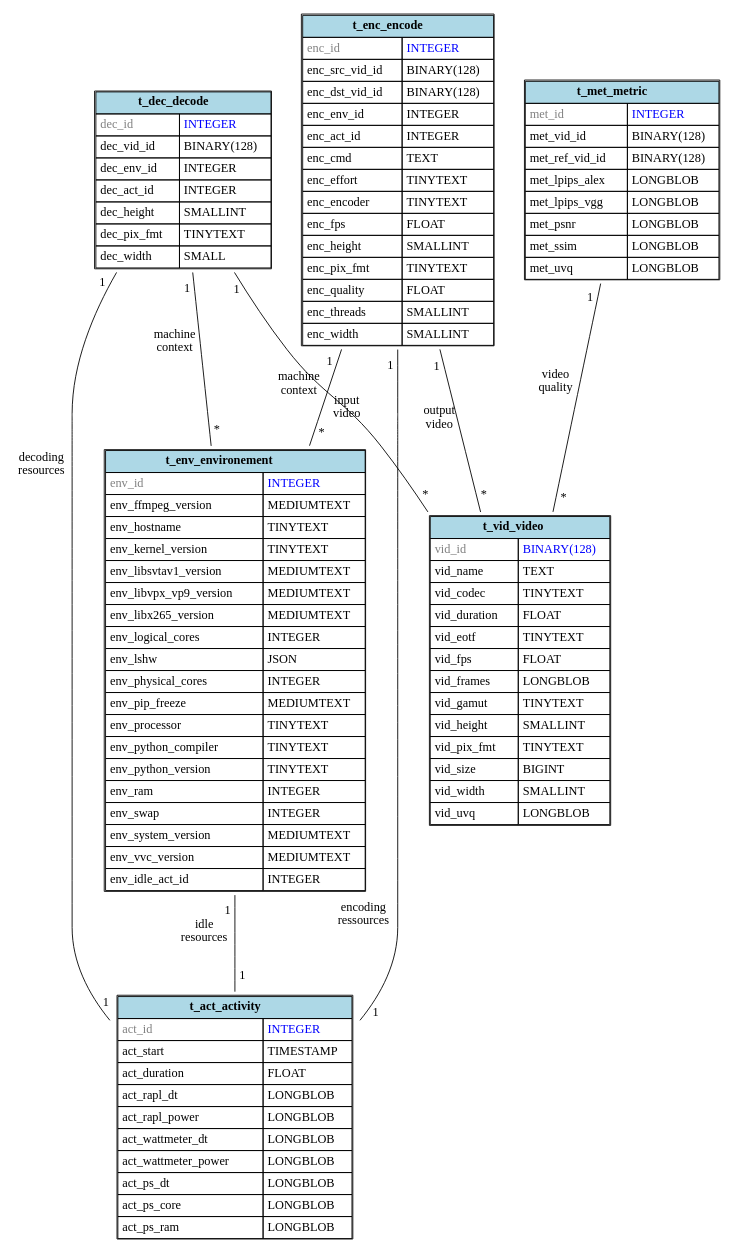
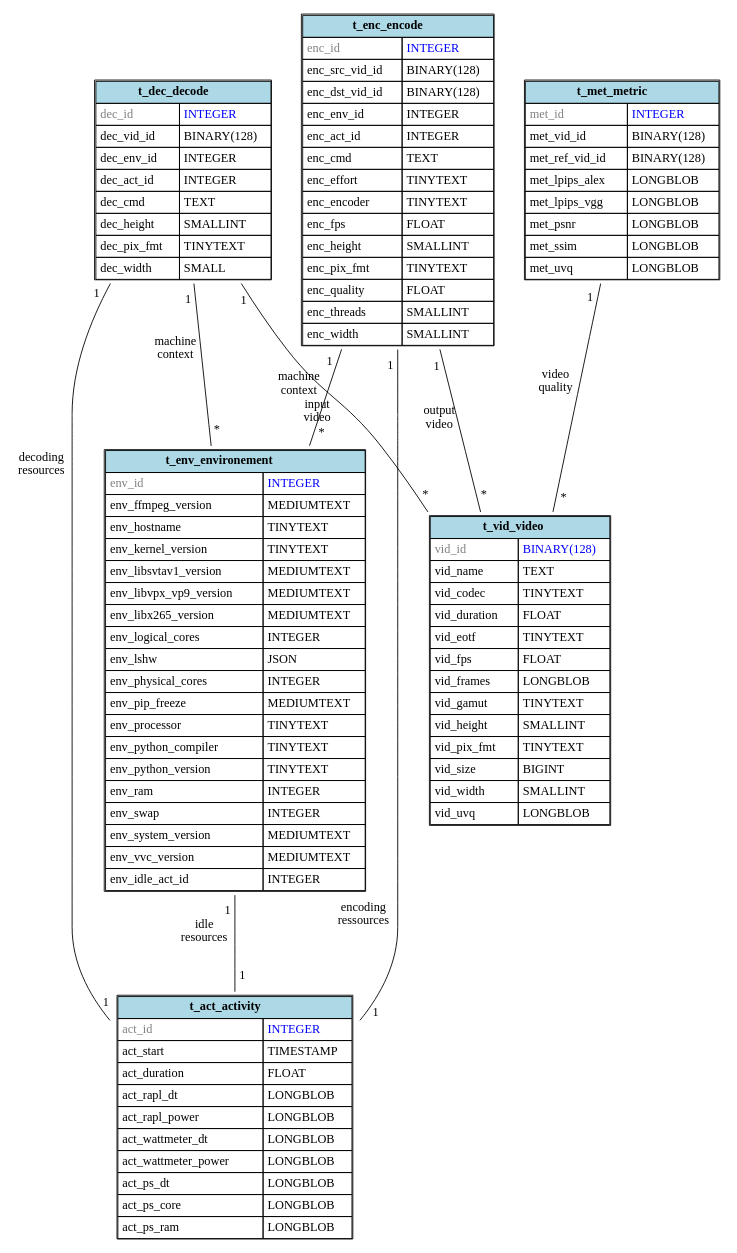
One commit to robinechuca/mendevi changed the diagram in docs/images/database.dot. Above: the diagram before and after it, drawn with Graphviz. The commit also changed 11 other files, not shown here.

```diff
--- a/docs/images/database.dot
+++ b/docs/images/database.dot
@@ -1,125 +1,126 @@
 # dot -Tsvg database.dot > database.svg
 graph database {
   node [shape=plaintext]
   t_act_activity [
     label=<
       <TABLE BORDER="1" CELLBORDER="1" CELLSPACING="0" CELLPADDING="4">
         <TR><TD COLSPAN="2" BGCOLOR="lightblue"><B>t_act_activity</B></TD></TR>
         <TR><TD ALIGN="LEFT"><FONT COLOR="gray">act_id</FONT></TD><TD ALIGN="LEFT"><FONT COLOR="blue">INTEGER</FONT></TD></TR>
         <TR><TD ALIGN="LEFT">act_start</TD><TD ALIGN="LEFT">TIMESTAMP</TD></TR>
         <TR><TD ALIGN="LEFT">act_duration</TD><TD ALIGN="LEFT">FLOAT</TD></TR>
         <TR><TD ALIGN="LEFT">act_rapl_dt</TD><TD ALIGN="LEFT">LONGBLOB</TD></TR>
         <TR><TD ALIGN="LEFT">act_rapl_power</TD><TD ALIGN="LEFT">LONGBLOB</TD></TR>
         <TR><TD ALIGN="LEFT">act_wattmeter_dt</TD><TD ALIGN="LEFT">LONGBLOB</TD></TR>
         <TR><TD ALIGN="LEFT">act_wattmeter_power</TD><TD ALIGN="LEFT">LONGBLOB</TD></TR>
         <TR><TD ALIGN="LEFT">act_ps_dt</TD><TD ALIGN="LEFT">LONGBLOB</TD></TR>
         <TR><TD ALIGN="LEFT">act_ps_core</TD><TD ALIGN="LEFT">LONGBLOB</TD></TR>
         <TR><TD ALIGN="LEFT">act_ps_ram</TD><TD ALIGN="LEFT">LONGBLOB</TD></TR>
       </TABLE>
     >
   ];
   t_vid_video [
     label=<
       <TABLE BORDER="1" CELLBORDER="1" CELLSPACING="0" CELLPADDING="4">
         <TR><TD COLSPAN="2" BGCOLOR="lightblue"><B>t_vid_video</B></TD></TR>
         <TR><TD ALIGN="LEFT"><FONT COLOR="gray">vid_id</FONT></TD><TD ALIGN="LEFT"><FONT COLOR="blue">BINARY(128)</FONT></TD></TR>
         <TR><TD ALIGN="LEFT">vid_name</TD><TD ALIGN="LEFT">TEXT</TD></TR>
         <TR><TD ALIGN="LEFT">vid_codec</TD><TD ALIGN="LEFT">TINYTEXT</TD></TR>
         <TR><TD ALIGN="LEFT">vid_duration</TD><TD ALIGN="LEFT">FLOAT</TD></TR>
         <TR><TD ALIGN="LEFT">vid_eotf</TD><TD ALIGN="LEFT">TINYTEXT</TD></TR>
         <TR><TD ALIGN="LEFT">vid_fps</TD><TD ALIGN="LEFT">FLOAT</TD></TR>
         <TR><TD ALIGN="LEFT">vid_frames</TD><TD ALIGN="LEFT">LONGBLOB</TD></TR>
         <TR><TD ALIGN="LEFT">vid_gamut</TD><TD ALIGN="LEFT">TINYTEXT</TD></TR>
         <TR><TD ALIGN="LEFT">vid_height</TD><TD ALIGN="LEFT">SMALLINT</TD></TR>
         <TR><TD ALIGN="LEFT">vid_pix_fmt</TD><TD ALIGN="LEFT">TINYTEXT</TD></TR>
         <TR><TD ALIGN="LEFT">vid_size</TD><TD ALIGN="LEFT">BIGINT</TD></TR>
         <TR><TD ALIGN="LEFT">vid_width</TD><TD ALIGN="LEFT">SMALLINT</TD></TR>
         <TR><TD ALIGN="LEFT">vid_uvq</TD><TD ALIGN="LEFT">LONGBLOB</TD></TR>
       </TABLE>
     >
   ];
   t_met_metric [
     label=<
       <TABLE BORDER="1" CELLBORDER="1" CELLSPACING="0" CELLPADDING="4">
         <TR><TD COLSPAN="2" BGCOLOR="lightblue"><B>t_met_metric</B></TD></TR>
         <TR><TD ALIGN="LEFT"><FONT COLOR="gray">met_id</FONT></TD><TD ALIGN="LEFT"><FONT COLOR="blue">INTEGER</FONT></TD></TR>
         <TR><TD ALIGN="LEFT">met_vid_id</TD><TD ALIGN="LEFT">BINARY(128)</TD></TR>
         <TR><TD ALIGN="LEFT">met_ref_vid_id</TD><TD ALIGN="LEFT">BINARY(128)</TD></TR>
         <TR><TD ALIGN="LEFT">met_lpips_alex</TD><TD ALIGN="LEFT">LONGBLOB</TD></TR>
         <TR><TD ALIGN="LEFT">met_lpips_vgg</TD><TD ALIGN="LEFT">LONGBLOB</TD></TR>
         <TR><TD ALIGN="LEFT">met_psnr</TD><TD ALIGN="LEFT">LONGBLOB</TD></TR>
         <TR><TD ALIGN="LEFT">met_ssim</TD><TD ALIGN="LEFT">LONGBLOB</TD></TR>
         <TR><TD ALIGN="LEFT">met_uvq</TD><TD ALIGN="LEFT">LONGBLOB</TD></TR>
       </TABLE>
     >
   ];
   t_env_environement [
     label=<
       <TABLE BORDER="1" CELLBORDER="1" CELLSPACING="0" CELLPADDING="4">
         <TR><TD COLSPAN="2" BGCOLOR="lightblue"><B>t_env_environement</B></TD></TR>
         <TR><TD ALIGN="LEFT"><FONT COLOR="gray">env_id</FONT></TD><TD ALIGN="LEFT"><FONT COLOR="blue">INTEGER</FONT></TD></TR>
         <TR><TD ALIGN="LEFT">env_ffmpeg_version</TD><TD ALIGN="LEFT">MEDIUMTEXT</TD></TR>
         <TR><TD ALIGN="LEFT">env_hostname</TD><TD ALIGN="LEFT">TINYTEXT</TD></TR>
         <TR><TD ALIGN="LEFT">env_kernel_version</TD><TD ALIGN="LEFT">TINYTEXT</TD></TR>
         <TR><TD ALIGN="LEFT">env_libsvtav1_version</TD><TD ALIGN="LEFT">MEDIUMTEXT</TD></TR>
         <TR><TD ALIGN="LEFT">env_libvpx_vp9_version</TD><TD ALIGN="LEFT">MEDIUMTEXT</TD></TR>
         <TR><TD ALIGN="LEFT">env_libx265_version</TD><TD ALIGN="LEFT">MEDIUMTEXT</TD></TR>
         <TR><TD ALIGN="LEFT">env_logical_cores</TD><TD ALIGN="LEFT">INTEGER</TD></TR>
         <TR><TD ALIGN="LEFT">env_lshw</TD><TD ALIGN="LEFT">JSON</TD></TR>
         <TR><TD ALIGN="LEFT">env_physical_cores</TD><TD ALIGN="LEFT">INTEGER</TD></TR>
         <TR><TD ALIGN="LEFT">env_pip_freeze</TD><TD ALIGN="LEFT">MEDIUMTEXT</TD></TR>
         <TR><TD ALIGN="LEFT">env_processor</TD><TD ALIGN="LEFT">TINYTEXT</TD></TR>
         <TR><TD ALIGN="LEFT">env_python_compiler</TD><TD ALIGN="LEFT">TINYTEXT</TD></TR>
         <TR><TD ALIGN="LEFT">env_python_version</TD><TD ALIGN="LEFT">TINYTEXT</TD></TR>
         <TR><TD ALIGN="LEFT">env_ram</TD><TD ALIGN="LEFT">INTEGER</TD></TR>
         <TR><TD ALIGN="LEFT">env_swap</TD><TD ALIGN="LEFT">INTEGER</TD></TR>
         <TR><TD ALIGN="LEFT">env_system_version</TD><TD ALIGN="LEFT">MEDIUMTEXT</TD></TR>
         <TR><TD ALIGN="LEFT">env_vvc_version</TD><TD ALIGN="LEFT">MEDIUMTEXT</TD></TR>
         <TR><TD ALIGN="LEFT">env_idle_act_id</TD><TD ALIGN="LEFT">INTEGER</TD></TR>
       </TABLE>
     >
   ];
   t_dec_decode [
     label=<
       <TABLE BORDER="1" CELLBORDER="1" CELLSPACING="0" CELLPADDING="4">
         <TR><TD COLSPAN="2" BGCOLOR="lightblue"><B>t_dec_decode</B></TD></TR>
         <TR><TD ALIGN="LEFT"><FONT COLOR="gray">dec_id</FONT></TD><TD ALIGN="LEFT"><FONT COLOR="blue">INTEGER</FONT></TD></TR>
         <TR><TD ALIGN="LEFT">dec_vid_id</TD><TD ALIGN="LEFT">BINARY(128)</TD></TR>
         <TR><TD ALIGN="LEFT">dec_env_id</TD><TD ALIGN="LEFT">INTEGER</TD></TR>
         <TR><TD ALIGN="LEFT">dec_act_id</TD><TD ALIGN="LEFT">INTEGER</TD></TR>
+        <TR><TD ALIGN="LEFT">dec_cmd</TD><TD ALIGN="LEFT">TEXT</TD></TR>
         <TR><TD ALIGN="LEFT">dec_height</TD><TD ALIGN="LEFT">SMALLINT</TD></TR>
         <TR><TD ALIGN="LEFT">dec_pix_fmt</TD><TD ALIGN="LEFT">TINYTEXT</TD></TR>
         <TR><TD ALIGN="LEFT">dec_width</TD><TD ALIGN="LEFT">SMALL</TD></TR>
       </TABLE>
     >
   ];
   t_enc_encode [
     label=<
       <TABLE BORDER="1" CELLBORDER="1" CELLSPACING="0" CELLPADDING="4">
         <TR><TD COLSPAN="2" BGCOLOR="lightblue"><B>t_enc_encode</B></TD></TR>
         <TR><TD ALIGN="LEFT"><FONT COLOR="gray">enc_id</FONT></TD><TD ALIGN="LEFT"><FONT COLOR="blue">INTEGER</FONT></TD></TR>
         <TR><TD ALIGN="LEFT">enc_src_vid_id</TD><TD ALIGN="LEFT">BINARY(128)</TD></TR>
         <TR><TD ALIGN="LEFT">enc_dst_vid_id</TD><TD ALIGN="LEFT">BINARY(128)</TD></TR>
         <TR><TD ALIGN="LEFT">enc_env_id</TD><TD ALIGN="LEFT">INTEGER</TD></TR>
         <TR><TD ALIGN="LEFT">enc_act_id</TD><TD ALIGN="LEFT">INTEGER</TD></TR>
         <TR><TD ALIGN="LEFT">enc_cmd</TD><TD ALIGN="LEFT">TEXT</TD></TR>
         <TR><TD ALIGN="LEFT">enc_effort</TD><TD ALIGN="LEFT">TINYTEXT</TD></TR>
         <TR><TD ALIGN="LEFT">enc_encoder</TD><TD ALIGN="LEFT">TINYTEXT</TD></TR>
         <TR><TD ALIGN="LEFT">enc_fps</TD><TD ALIGN="LEFT">FLOAT</TD></TR>
         <TR><TD ALIGN="LEFT">enc_height</TD><TD ALIGN="LEFT">SMALLINT</TD></TR>
         <TR><TD ALIGN="LEFT">enc_pix_fmt</TD><TD ALIGN="LEFT">TINYTEXT</TD></TR>
         <TR><TD ALIGN="LEFT">enc_quality</TD><TD ALIGN="LEFT">FLOAT</TD></TR>
         <TR><TD ALIGN="LEFT">enc_threads</TD><TD ALIGN="LEFT">SMALLINT</TD></TR>
         <TR><TD ALIGN="LEFT">enc_width</TD><TD ALIGN="LEFT">SMALLINT</TD></TR>
       </TABLE>
     >
   ];
   t_enc_encode -- t_act_activity [minlen=3, taillabel="1", headlabel="1", xlabel="encoding\nressources", labeldistance=2.0]
   t_enc_encode -- t_env_environement [minlen=3, taillabel="1", headlabel="*", xlabel="machine\ncontext", labeldistance=2.0]
   t_enc_encode -- t_vid_video [minlen=3, taillabel="1", headlabel="*", xlabel="output\nvideo", labeldistance=2.0]
   t_met_metric -- t_vid_video [minlen=3, taillabel="1", headlabel="*", xlabel="video\nquality", labeldistance=2.0]
   t_dec_decode -- t_act_activity [minlen=3, taillabel="1", headlabel="1", xlabel="decoding\nresources", labeldistance=2.0]
   t_dec_decode -- t_env_environement [minlen=3, taillabel="1", headlabel="*", xlabel="machine\ncontext", labeldistance=2.0]
   t_dec_decode -- t_vid_video [minlen=3, taillabel="1", headlabel="*", xlabel="input\nvideo", labeldistance=2.0]
   t_env_environement -- t_act_activity [minlen=3, taillabel="1", headlabel="1", xlabel="idle\nresources", labeldistance=2.0]
 }
```
